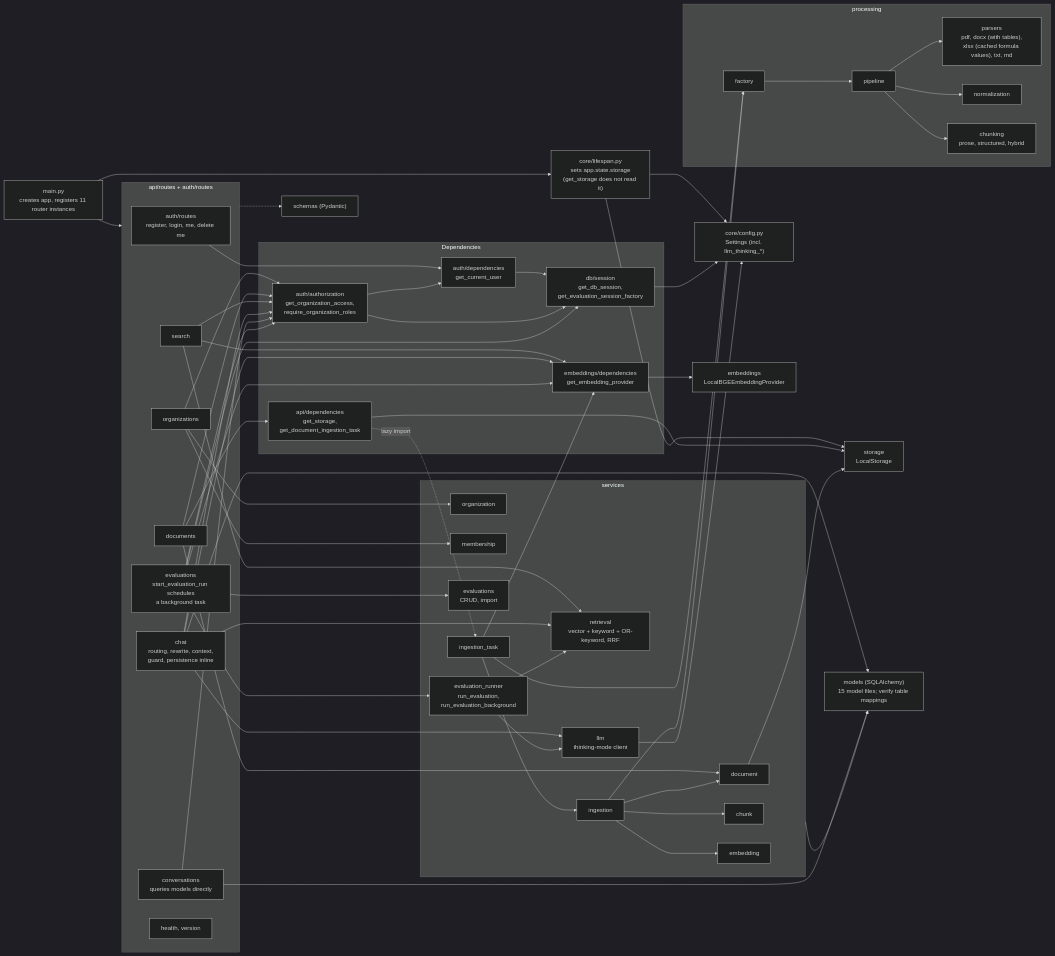
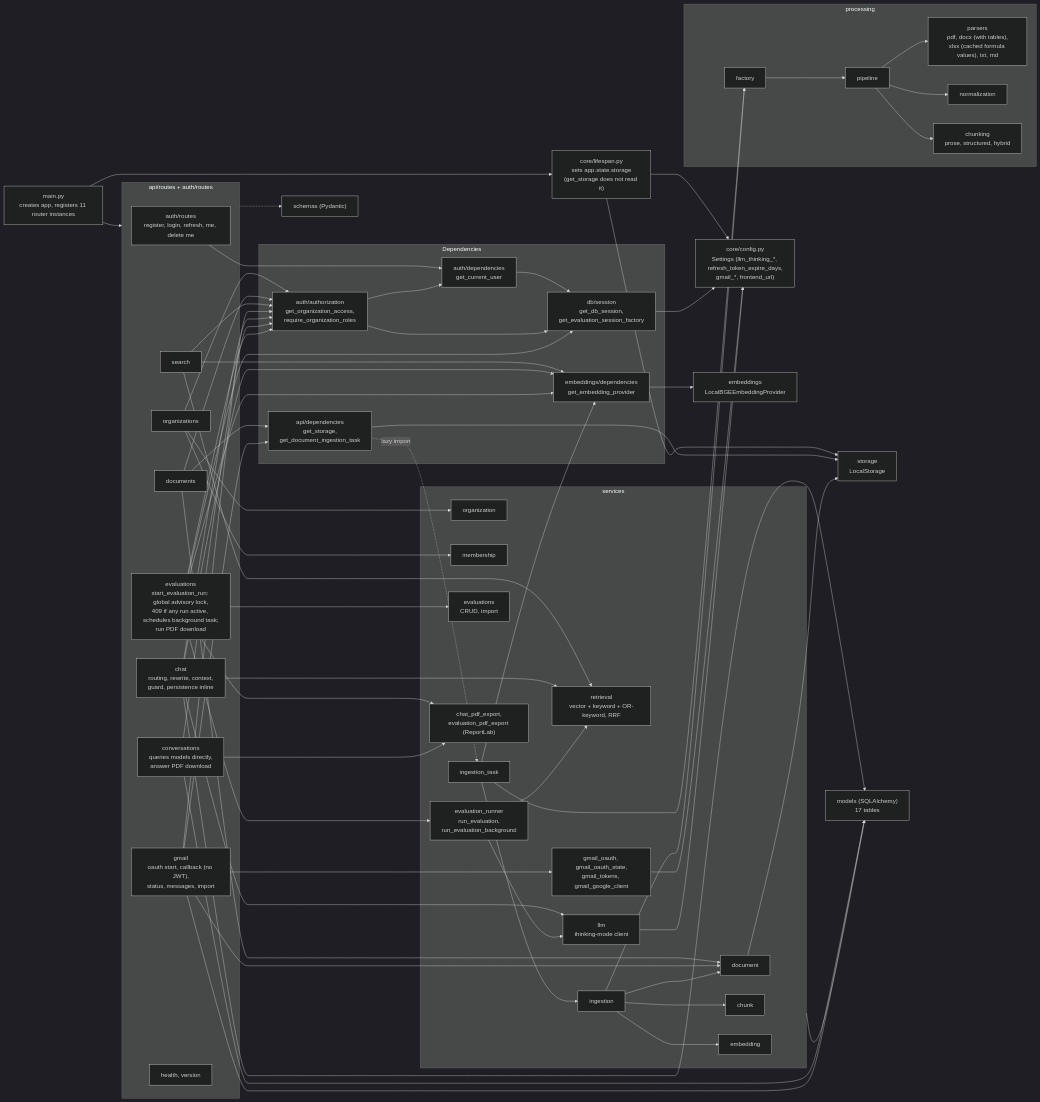
Before and after one commit to Samir-pemi-magar/Docpilot: the diagram in docs/diagrams/03-backend-components.mmd, drawn with Mermaid (dark theme). The commit also changed 16 other files, not shown here.

Commit message:
docs: update README and architecture diagrams

```diff
--- a/docs/diagrams/03-backend-components.mmd
+++ b/docs/diagrams/03-backend-components.mmd
@@ -1,109 +1,120 @@
 %% DocPilot - Backend components (backend/app), arrows = real import/call dependencies
-%% Changes vs. previous version: evaluation background runner + session factory,
-%% llm settings, DOCX/XLSX parser notes.
+%% Changes vs. previous version: Gmail router + services, PDF export services,
+%% /auth/refresh, 4 new models. (Earlier: evaluation background runner, llm settings.)
 flowchart LR
     main["main.py<br/>creates app, registers 11 router instances"]
     lifespan["core/lifespan.py<br/>sets app.state.storage<br/>(get_storage does not read it)"]
-    config["core/config.py<br/>Settings (incl. llm_thinking_*)"]
+    config["core/config.py<br/>Settings (llm_thinking_*, refresh_token_expire_days,<br/>gmail_*, frontend_url)"]
 
     subgraph routes["api/routes + auth/routes"]
-        r_auth["auth/routes<br/>register, login, me, delete me"]
+        r_auth["auth/routes<br/>register, login, refresh, me, delete me"]
         r_org["organizations"]
         r_doc["documents"]
         r_search["search"]
         r_chat["chat<br/>routing, rewrite, context,<br/>guard, persistence inline"]
-        r_conv["conversations<br/>queries models directly"]
-        r_eval["evaluations<br/>start_evaluation_run schedules<br/>a background task"]
+        r_conv["conversations<br/>queries models directly,<br/>answer PDF download"]
+        r_eval["evaluations<br/>start_evaluation_run: global advisory lock,<br/>409 if any run active, schedules background task;<br/>run PDF download"]
+        r_gmail["gmail<br/>oauth start, callback (no JWT),<br/>status, messages, import"]
         r_misc["health, version"]
     end
 
     subgraph deps["Dependencies"]
         d_api["api/dependencies<br/>get_storage,<br/>get_document_ingestion_task"]
         d_auth["auth/dependencies<br/>get_current_user"]
         d_authz["auth/authorization<br/>get_organization_access,<br/>require_organization_roles"]
         d_emb["embeddings/dependencies<br/>get_embedding_provider"]
         d_db["db/session<br/>get_db_session,<br/>get_evaluation_session_factory"]
     end
 
     subgraph services["services"]
         s_doc["document"]
         s_org["organization"]
         s_mem["membership"]
         s_ret["retrieval<br/>vector + keyword + OR-keyword, RRF"]
         s_llm["llm<br/>thinking-mode client"]
         s_ing["ingestion"]
         s_task["ingestion_task"]
         s_chunk["chunk"]
         s_embed["embedding"]
         s_eval["evaluations<br/>CRUD, import"]
         s_run["evaluation_runner<br/>run_evaluation,<br/>run_evaluation_background"]
+        s_gm["gmail_oauth, gmail_oauth_state,<br/>gmail_tokens, gmail_google_client"]
+        s_pdf["chat_pdf_export,<br/>evaluation_pdf_export (ReportLab)"]
     end
 
     subgraph processing["processing"]
         p_fac["factory"]
         p_pipe["pipeline"]
         parsers["parsers<br/>pdf, docx (with tables),<br/>xlsx (cached formula values), txt, md"]
         norm["normalization"]
         chunking["chunking<br/>prose, structured, hybrid"]
     end
 
     emb["embeddings<br/>LocalBGEEmbeddingProvider"]
     storage["storage<br/>LocalStorage"]
-    models["models (SQLAlchemy)<br/>15 model files; verify table mappings"]
+    models["models (SQLAlchemy)<br/>17 tables"]
     schemas["schemas (Pydantic)"]
 
     main --> routes
     main --> lifespan
     lifespan --> storage
     lifespan --> config
 
     r_auth --> d_auth
     r_org --> d_authz
     r_doc --> d_authz
     r_search --> d_authz
+    r_gmail --> d_authz
     r_chat --> d_authz
     r_conv --> d_authz
     r_eval --> d_authz
     d_authz --> d_auth
     d_auth --> d_db
     d_authz --> d_db
 
     r_org --> s_org
     r_org --> s_mem
     r_doc --> s_doc
     r_doc --> d_api
     r_search --> s_ret
     r_search --> d_emb
     r_chat --> s_ret
     r_chat --> s_llm
     r_chat --> d_emb
     r_chat --> models
     r_conv --> models
     r_eval --> s_eval
     r_eval --> s_run
+    r_eval --> s_pdf
+    r_conv --> s_pdf
+    r_gmail --> s_gm
+    r_gmail --> s_doc
+    r_gmail --> d_api
+    r_gmail --> models
+    s_gm --> config
     r_eval --> d_emb
     r_eval --> d_db
     s_run --> s_ret
     s_run --> s_llm
 
     d_api --> storage
     d_api -.->|"lazy import"| s_task
     s_task --> s_ing
     s_task --> p_fac
     s_task --> d_emb
     s_ing --> p_fac
     s_ing --> s_chunk
     s_ing --> s_embed
     s_ing --> s_doc
     s_doc --> storage
     d_emb --> emb
 
     p_fac --> p_pipe
     p_pipe --> parsers
     p_pipe --> norm
     p_pipe --> chunking
 
     services --> models
     routes -.-> schemas
     s_llm --> config
     d_db --> config
```
